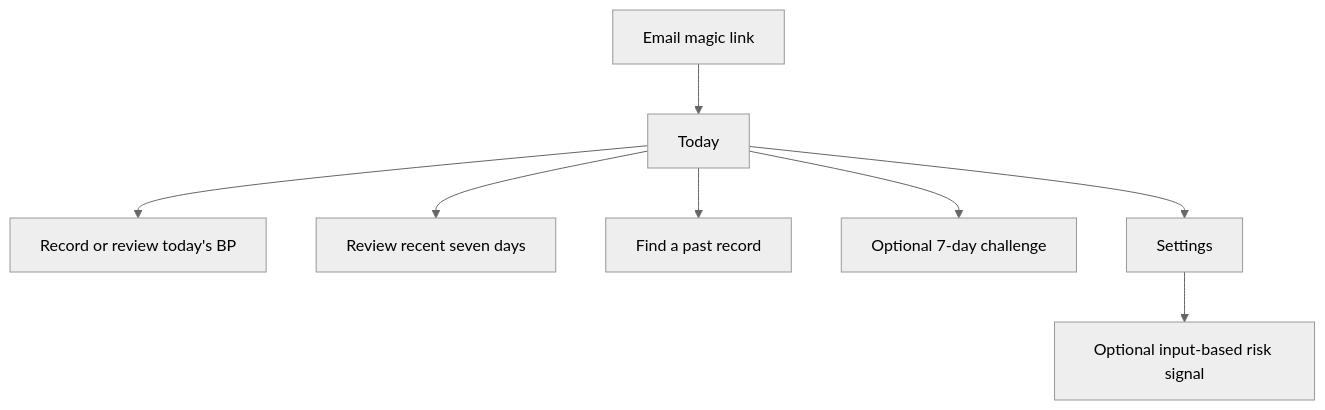
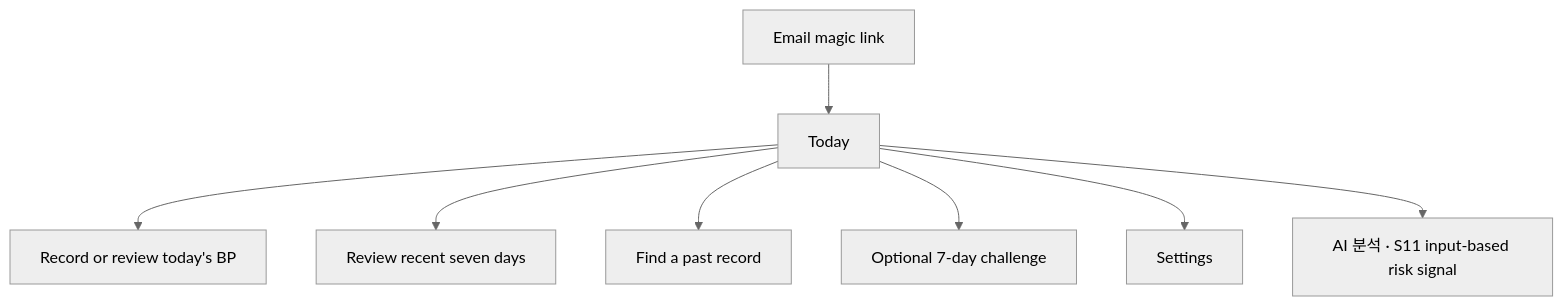
One commit to AI-HealthCare-05/AH_05_07 changed the second of 2 diagrams in docs/ux-flow.md. Above: the diagram before and after it, drawn with Mermaid (neutral theme). The commit also changed other lines of this file and 11 other files, not shown here.

````diff
--- a/docs/ux-flow.md
+++ b/docs/ux-flow.md
@@ -66,10 +72,10 @@
 ```mermaid
 flowchart TD
     A["Email magic link"] --> B["Today"]
     B --> C["Record or review today's BP"]
     B --> D["Review recent seven days"]
     B --> E["Find a past record"]
     B --> F["Optional 7-day challenge"]
     B --> G["Settings"]
-    G --> H["Optional input-based risk signal"]
+    B --> H["AI 분석 · S11 input-based risk signal"]
 ```
````
